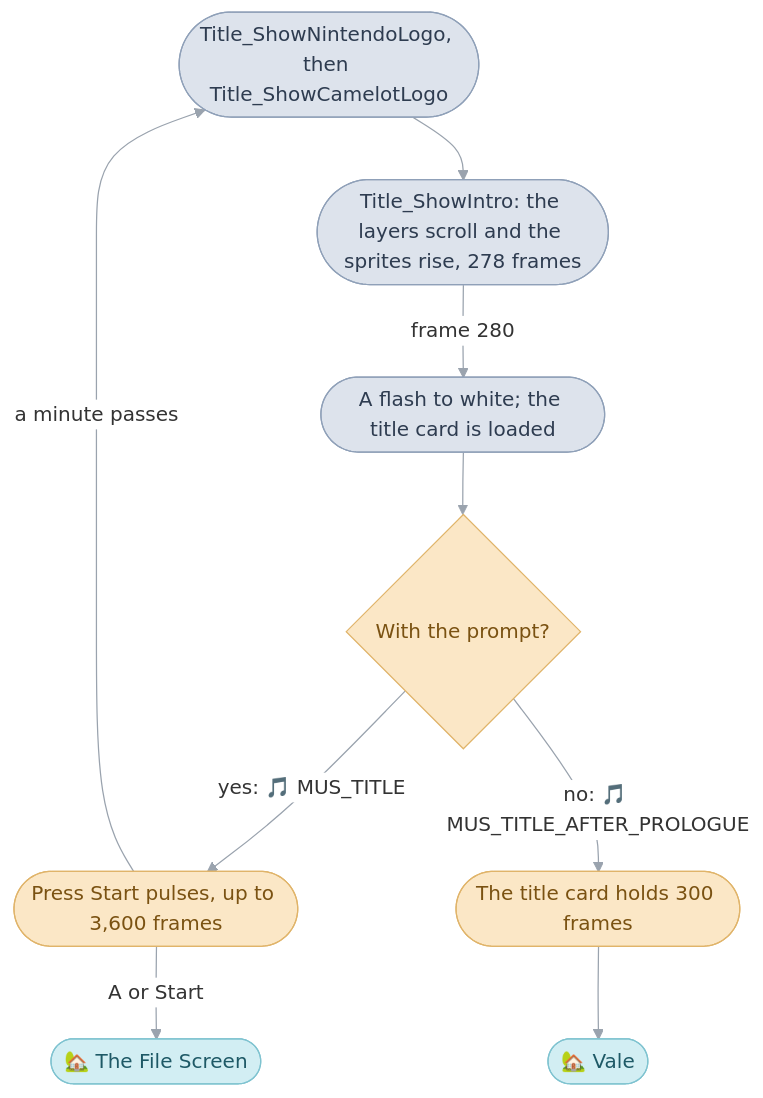
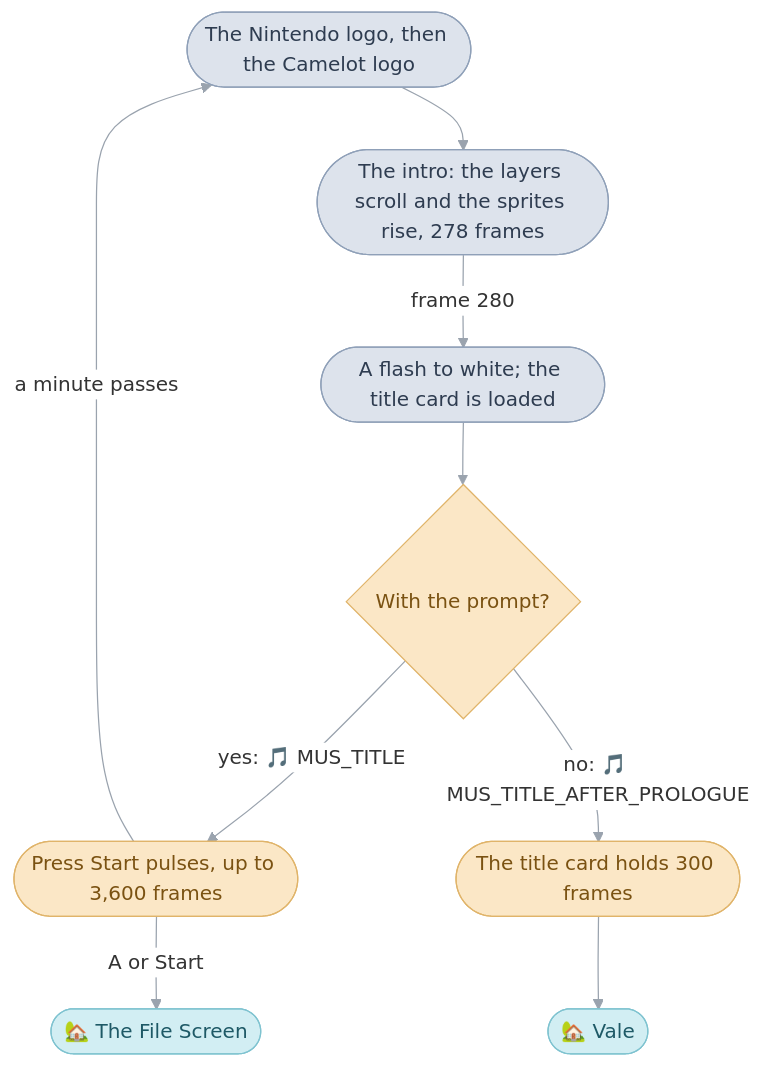
The fifth of 5 diagrams in games/tbs/src/menu/README.md (PascalPixel/alchemy), drawn with Mermaid before and after one commit. The commit also changed other lines of this file and 21 other files, not shown here.

````diff
--- a/games/tbs/src/menu/README.md
+++ b/games/tbs/src/menu/README.md
@@ -522,18 +437,18 @@
 ```mermaid
 %%{init: {"theme": "base", "themeVariables": {"lineColor": "#9AA3AE", "edgeLabelBackground": "#FFFFFF"}, "flowchart": {"curve": "basis", "padding": 12}}}%%
 flowchart TD
-  logos(["Title_ShowNintendoLogo, then Title_ShowCamelotLogo"]) --> scroll(["Title_ShowIntro: the layers scroll and the sprites rise, 278 frames"])
+  logos(["The Nintendo logo, then the Camelot logo"]) --> scroll(["The intro: the layers scroll and the sprites rise, 278 frames"])
   scroll -- "frame 280" --> flash(["A flash to white; the title card is loaded"])
   flash --> hold{"With the prompt?"}
   hold -- "yes: 🎵 MUS_TITLE" --> prompt(["Press Start pulses, up to 3,600 frames"])
   hold -- "no: 🎵 MUS_TITLE_AFTER_PROLOGUE" --> five(["The title card holds 300 frames"])
   prompt -- "A or Start" --> files(["🏡 The File Screen"])
   prompt -- "a minute passes" --> logos
   five --> vale(["🏡 Vale"])
   classDef code fill:#DDE3EC,stroke:#8FA0B8,color:#2E3C50
   classDef frame fill:#FBE7C6,stroke:#E0B46A,color:#7A5212
   classDef sequence fill:#D2EEF3,stroke:#7FC3D0,color:#1E5966
   class logos,scroll,flash code
   class hold,prompt,five frame
   class files,vale sequence
 ```
````
